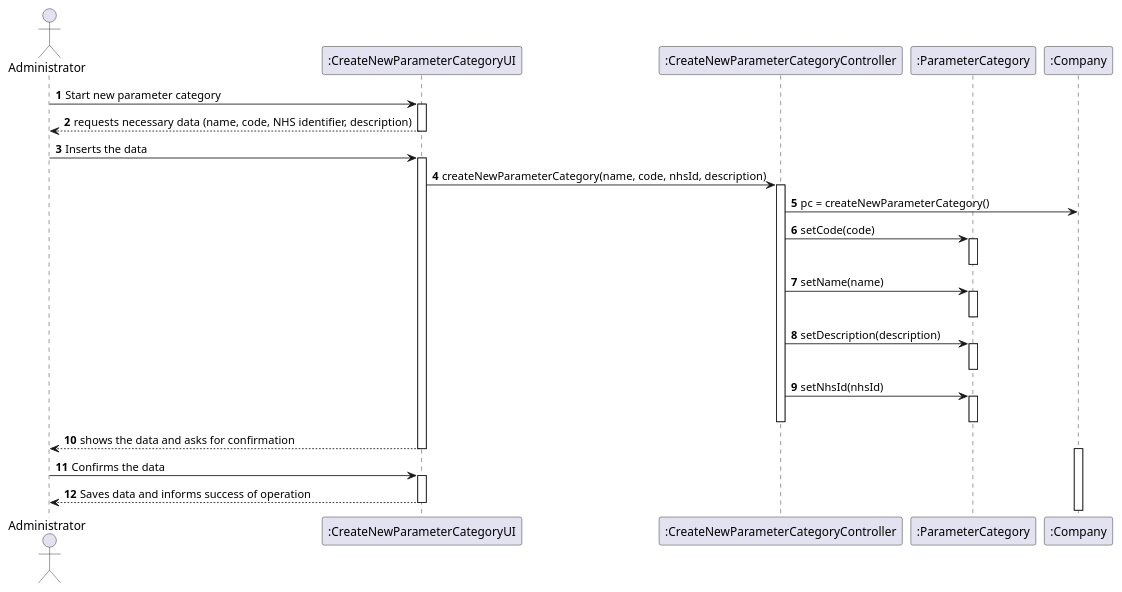
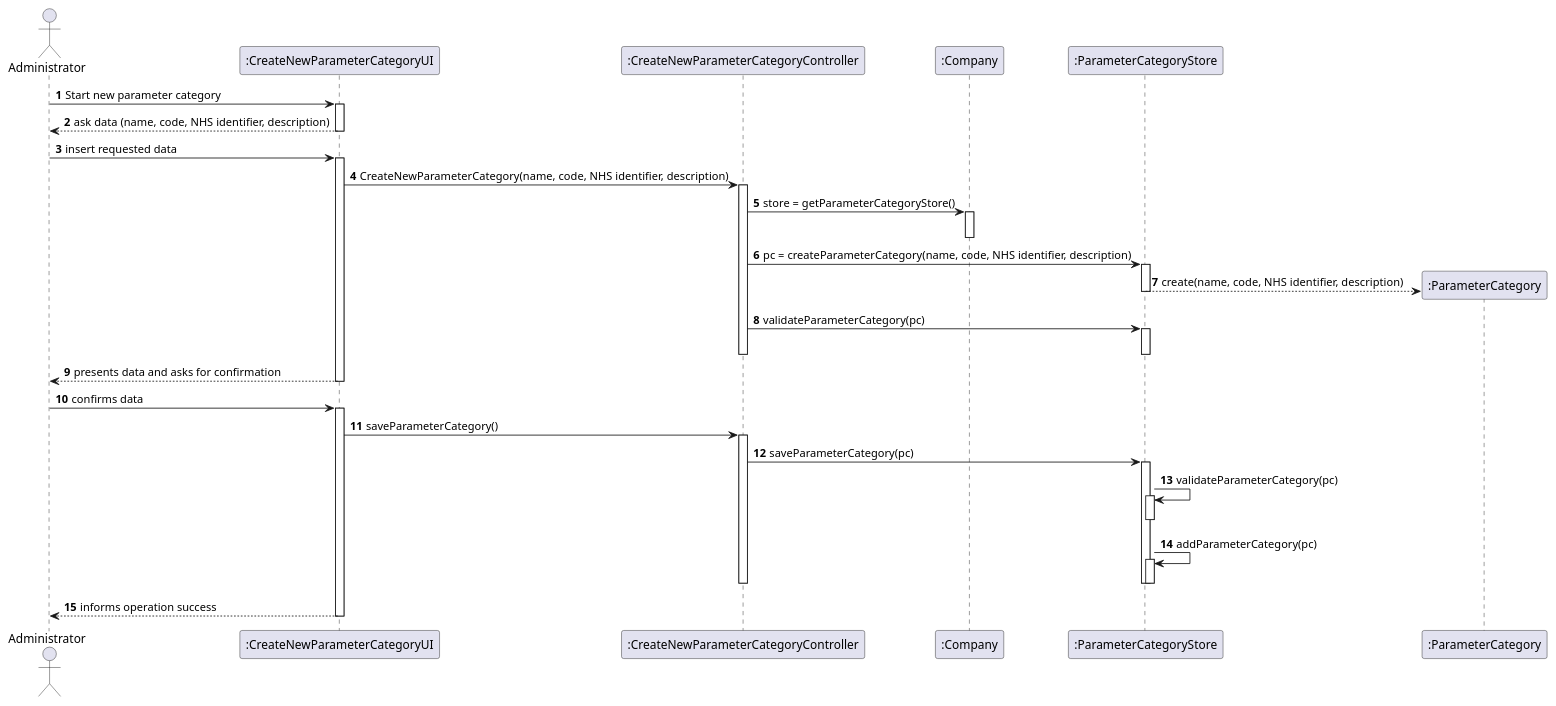
Before and after one commit to GuilhermeCunha79/lapr2: the diagram in docs/SprintB/US11/UC11_SD.puml, drawn with PlantUML. The commit also changed 2 other files, not shown here.

Commit message:
US11 Sequence Diagram

```diff
--- a/docs/SprintB/US11/UC11_SD.puml
+++ b/docs/SprintB/US11/UC11_SD.puml
@@ -1,46 +1,53 @@
 @startuml
 autonumber
 'hide footbox
 actor "Administrator" as ADMIN
 
 participant ":CreateNewParameterCategoryUI" as UI
 participant ":CreateNewParameterCategoryController" as CTRL
+participant ":Company" as COMP
+participant ":ParameterCategoryStore" as PCS
 participant ":ParameterCategory" as PC
-participant ":Company" as COMP
+
 
 
 ADMIN -> UI : Start new parameter category
 activate UI
-    UI --> ADMIN : requests necessary data (name, code, NHS identifier, description)
+UI --> ADMIN : ask data (name, code, NHS identifier, description)
 deactivate UI
+ADMIN -> UI : insert requested data
+activate UI
+    UI -> CTRL : CreateNewParameterCategory(name, code, NHS identifier, description)
+    activate CTRL
+        CTRL -> COMP : store = getParameterCategoryStore()
+        activate COMP
+        deactivate COMP
+        CTRL -> PCS : pc = createParameterCategory(name, code, NHS identifier, description)
+        activate PCS
+            PCS --> PC** : create(name, code, NHS identifier, description)
+        deactivate PCS
+        CTRL -> PCS : validateParameterCategory(pc)
+        activate PCS
+        deactivate PCS
+    deactivate CTRL
+    UI --> ADMIN : presents data and asks for confirmation
+deactivate UI
+ADMIN -> UI : confirms data
+activate UI
+    UI -> CTRL : saveParameterCategory()
+    activate CTRL
+        CTRL -> PCS : saveParameterCategory(pc)
+        activate PCS
+            PCS -> PCS : validateParameterCategory(pc)
+            activate PCS
+            deactivate PCS
+            PCS -> PCS : addParameterCategory(pc)
+            activate PCS
+            deactivate PCS
 
-ADMIN -> UI : Inserts the data
-activate UI
-    UI -> CTRL : createNewParameterCategory(name, code, nhsId, description)
-    activate CTRL
-        CTRL -> COMP: pc = createNewParameterCategory()
-        CTRL -> PC: setCode(code)
-        activate PC
-        deactivate PC
-        CTRL -> PC: setName(name)
-        activate PC
-        deactivate PC
-        CTRL -> PC: setDescription(description)
-        activate PC
-        deactivate PC
-        CTRL -> PC: setNhsId(nhsId)
-        activate PC
-        deactivate PC
+        deactivate PCS
     deactivate CTRL
-    UI --> ADMIN : shows the data and asks for confirmation
-deactivate UI
-
-activate COMP
-deactivate
-
-ADMIN -> UI : Confirms the data
-activate UI
-    UI --> ADMIN : Saves data and informs success of operation
+    UI --> ADMIN : informs operation success
 deactivate UI
 
 @enduml
```
